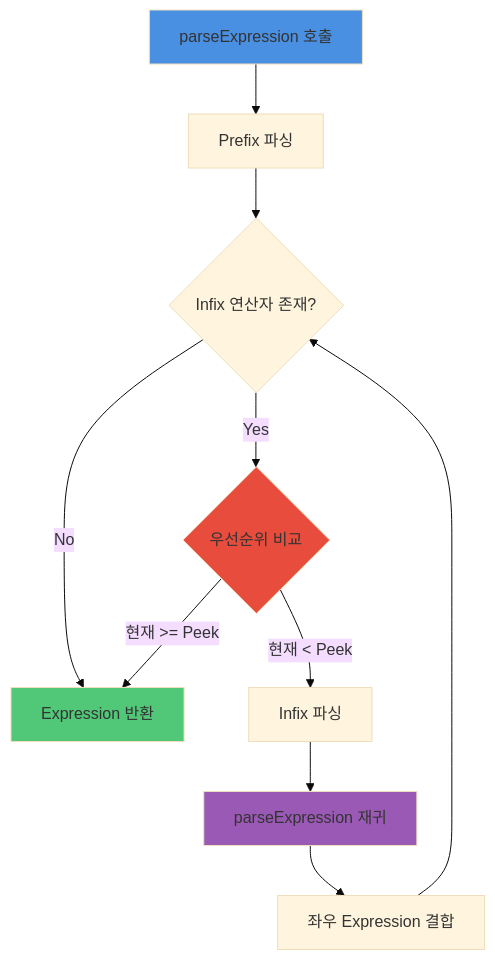
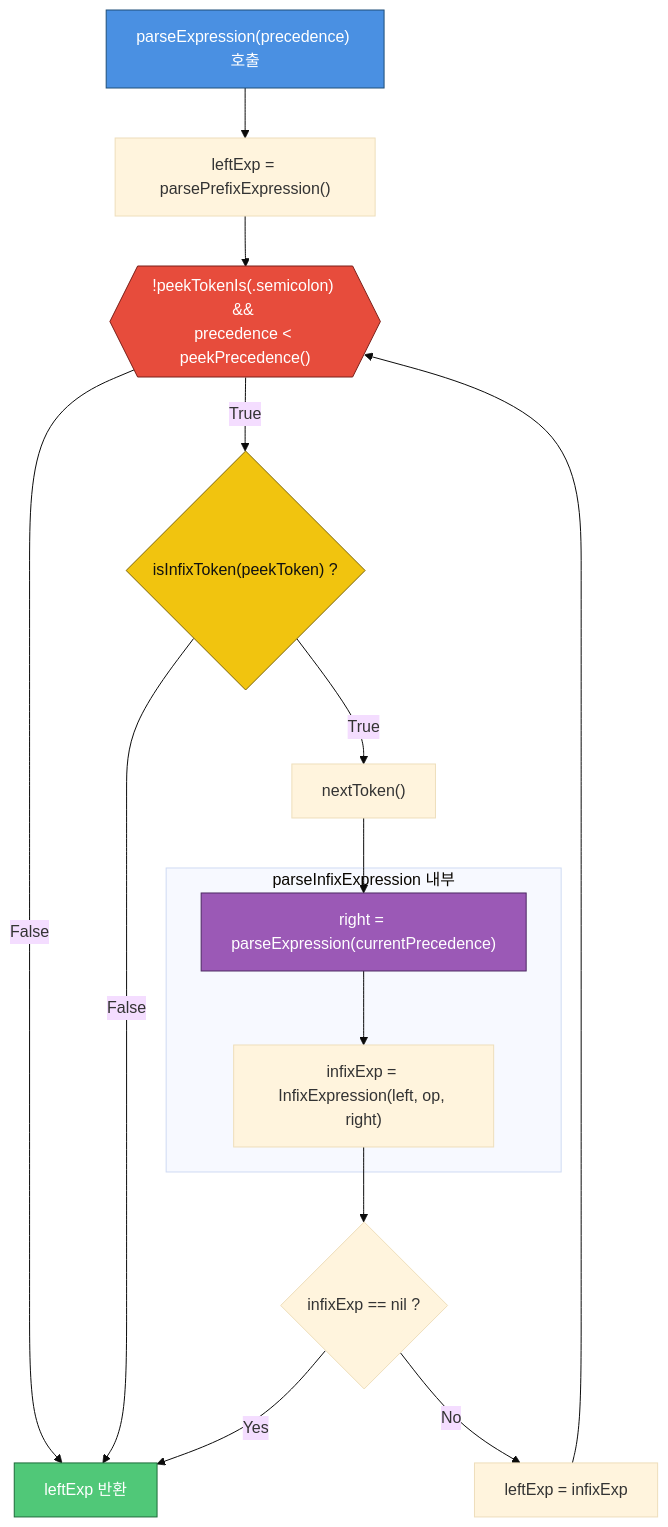
One commit to hot666666/MonkeySwift changed the second of 2 diagrams in README.md. Above: the diagram before and after it, drawn with Mermaid (base theme). The commit also changed other lines of this file and 4 other files, not shown here.

````diff
--- a/README.md
+++ b/README.md
@@ -404,20 +173,30 @@
 ```mermaid
 graph TD
-    Start[parseExpression 호출] --> Prefix[Prefix 파싱]
-    Prefix --> CheckInfix{Infix 연산자 존재?}
+    Start["parseExpression(precedence) 호출"] --> Prefix["leftExp = parsePrefixExpression()"]
+    
+    Prefix --> PreCheck{{"!peekTokenIs(.semicolon) && <br/>precedence < peekPrecedence()"}}
+    
+    PreCheck -->|False| Return["leftExp 반환"]
+    PreCheck -->|True| InfixCheck{"isInfixToken(peekToken) ?"}
+    
+    InfixCheck -->|False| Return
+    InfixCheck -->|True| Consume["nextToken()"]
+    
+    Consume --> InfixLogic
+    
+    subgraph "parseInfixExpression 내부"
+    InfixLogic["right = parseExpression(currentPrecedence)"]
+    InfixLogic --> Combine["infixExp = InfixExpression(left, op, right)"]
+    end
 
-    CheckInfix -->|No| Return[Expression 반환]
-    CheckInfix -->|Yes| CheckPrec{우선순위 비교}
+    Combine --> IsNil{"infixExp == nil ?"}
+    IsNil -->|Yes| Return
+    IsNil -->|No| Update["leftExp = infixExp"]
+    Update --> PreCheck
 
-    CheckPrec -->|현재 < Peek| ParseInfix[Infix 파싱]
-    CheckPrec -->|현재 >= Peek| Return
-
-    ParseInfix --> Recurse[parseExpression 재귀]
-    Recurse --> Combine[좌우 Expression 결합]
-    Combine --> CheckInfix
-
-    style Start fill:#4a90e2
-    style Return fill:#50c878
-    style CheckPrec fill:#e74c3c
-    style Recurse fill:#9b59b6
+    style Start fill:#4a90e2,stroke:#1f4e79,stroke-width:1px,color:#fff
+    style Return fill:#50c878,stroke:#1d6b3a,stroke-width:1px,color:#fff
+    style PreCheck fill:#e74c3c,stroke:#7a1f18,stroke-width:1px,color:#fff
+    style InfixLogic fill:#9b59b6,stroke:#4c2a63,stroke-width:1px,color:#fff
+    style InfixCheck fill:#f1c40f,stroke:#7d6608,stroke-width:1px,color:#111
 ```
````
